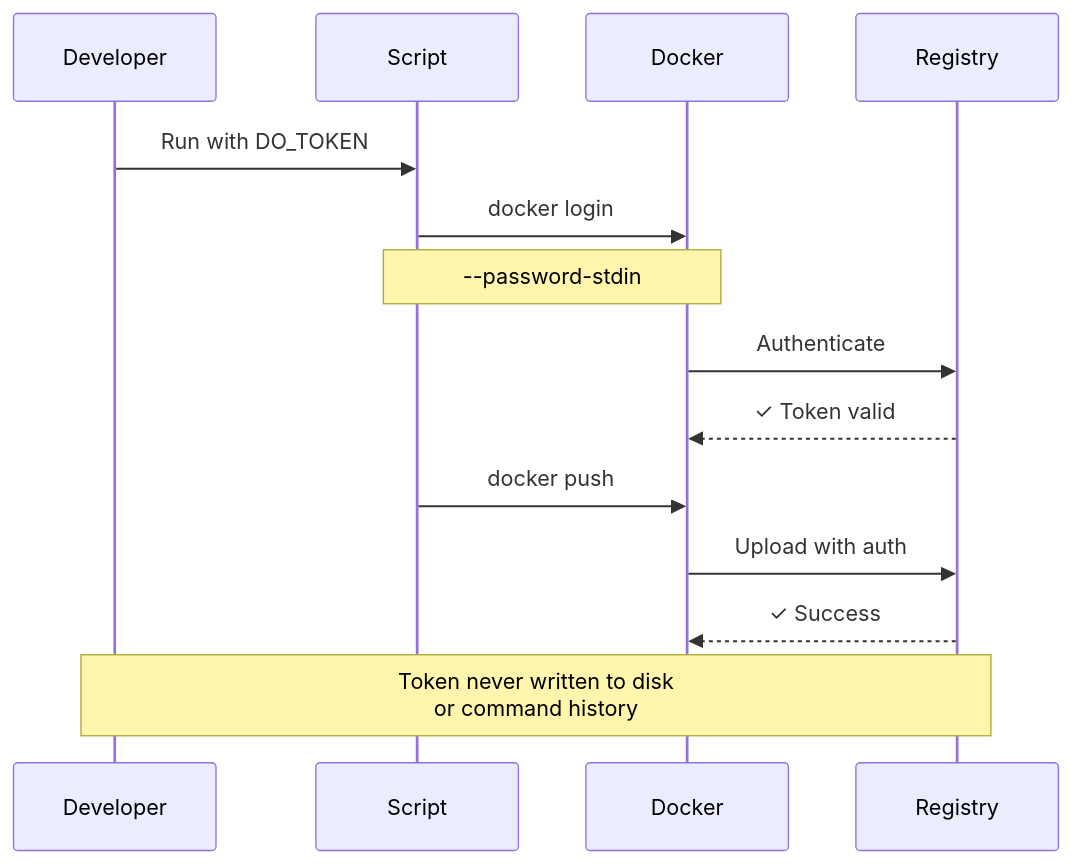
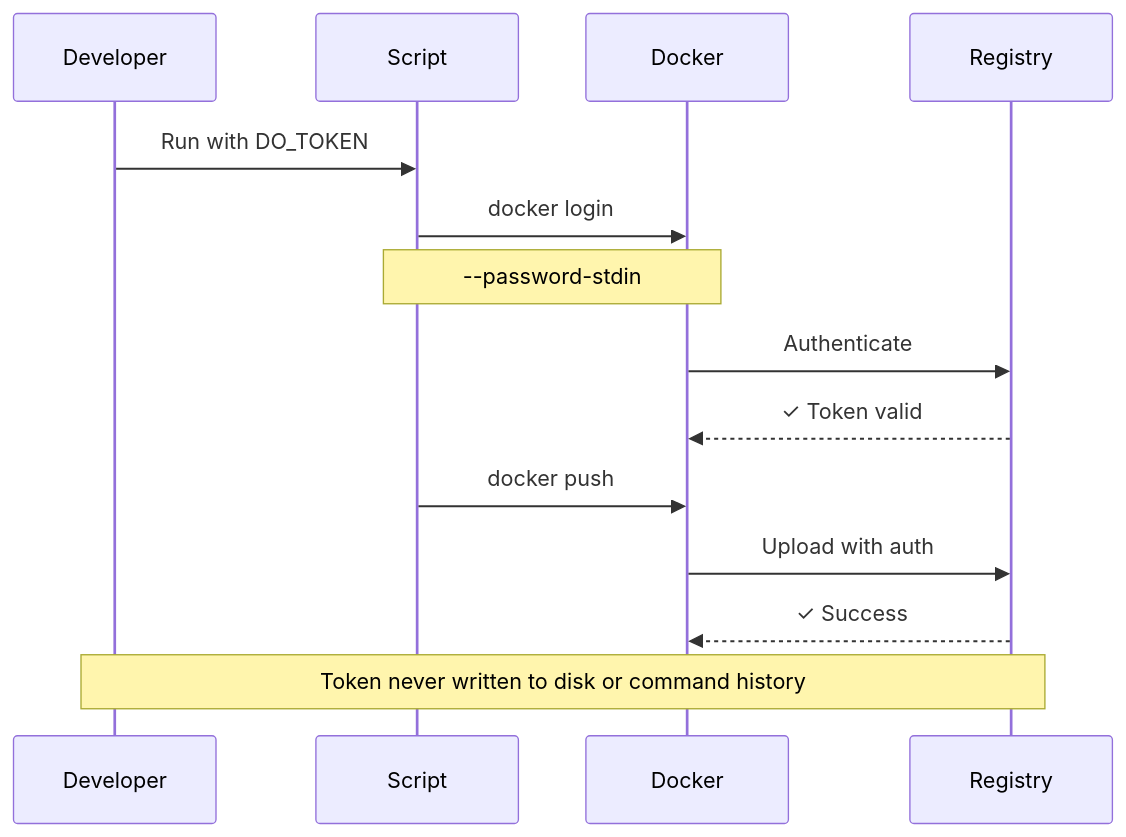
One commit to softwarewrighter/dev-proxy changed diagram 17 of 17 in wiki/Security.md. Above: the diagram before and after it, drawn with Mermaid. The commit also changed other lines of this file and 6 other files, not shown here.

First line of the commit message:
Fix wiki Mermaid diagrams: remove <br/> tags

````diff
--- a/wiki/Security.md
+++ b/wiki/Security.md
@@ -548,22 +548,22 @@
 ```mermaid
 sequenceDiagram
     participant Dev as Developer
     participant Script as Script
     participant Docker
     participant Registry
 
     Dev->>Script: Run with DO_TOKEN
 
     Script->>Docker: docker login
     Note over Script,Docker: --password-stdin
 
     Docker->>Registry: Authenticate
     Registry-->>Docker: ✓ Token valid
 
     Script->>Docker: docker push
 
     Docker->>Registry: Upload with auth
     Registry-->>Docker: ✓ Success
 
-    Note over Dev,Registry: Token never written to disk<br/>or command history
+    Note over Dev,Registry: Token never written to disk or command history
 ```
````
